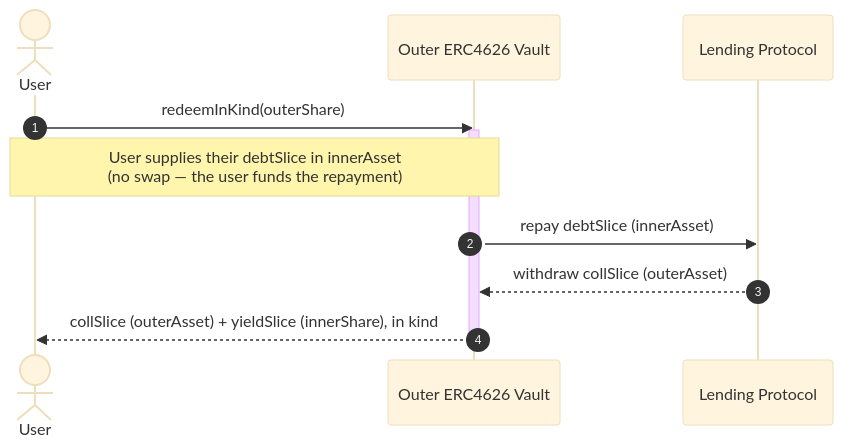
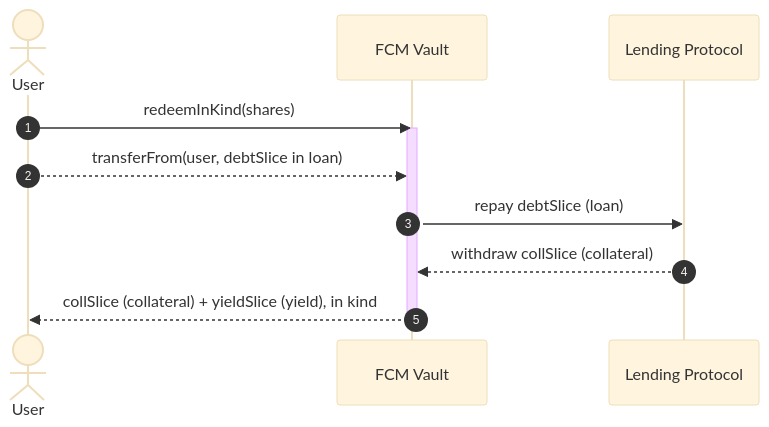
Before and after one commit to onflow/fcm-core: the first of 3 diagrams in docs/architecture.md, drawn with Mermaid (base theme). The commit also changed other lines of this file and 2 other files, not shown here.

````diff
--- a/docs/architecture.md
+++ b/docs/architecture.md
@@ -74,17 +72,16 @@
 ```mermaid
 sequenceDiagram
       autonumber
       actor User
-      participant Outer as Outer ERC4626 Vault
+      participant FCM as FCM Vault
       participant Lender as Lending Protocol
 
-      User->>Outer: redeemInKind(outerShare)
-      activate Outer
-      Note over User,Outer: User supplies their debtSlice in innerAsset<br/>(no swap — the user funds the repayment)
+      User->>FCM: redeemInKind(shares)
+      activate FCM
+      User-->>FCM: transferFrom(user, debtSlice in loan)
+      FCM->>Lender: repay debtSlice (loan)
+      Lender-->>FCM: withdraw collSlice (collateral)
 
-      Outer->>Lender: repay debtSlice (innerAsset)
-      Lender-->>Outer: withdraw collSlice (outerAsset)
-
-      Outer-->>User: collSlice (outerAsset) + yieldSlice (innerShare), in kind
-      deactivate Outer
+      FCM-->>User: collSlice (collateral) + yieldSlice (yield), in kind
+      deactivate FCM
 ```
````
